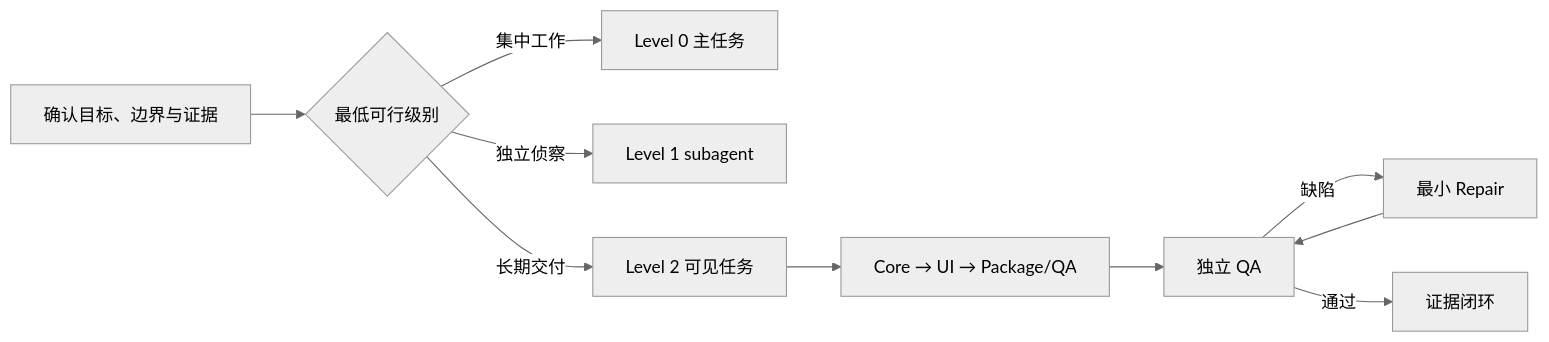
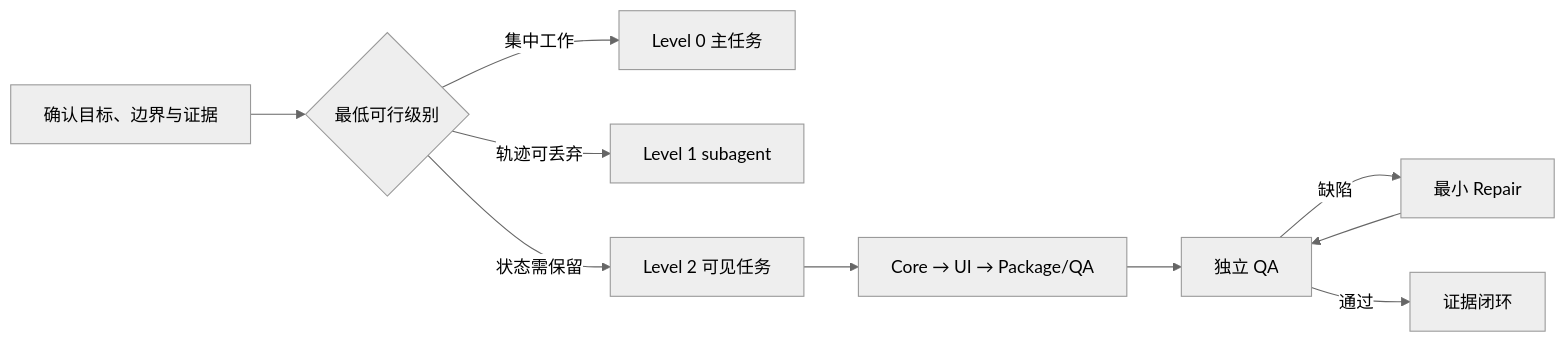
Before and after one commit to ShadowwithEaGLE/orchestrate-codex-sessions: the diagram in README.md, drawn with Mermaid (neutral theme). The commit also changed other lines of this file and 9 other files, not shown here.

````diff
--- a/README.md
+++ b/README.md
@@ -28,12 +28,12 @@
 ```mermaid
 flowchart LR
     A["确认目标、边界与证据"] --> B{"最低可行级别"}
     B -->|集中工作| C["Level 0 主任务"]
-    B -->|独立侦察| D["Level 1 subagent"]
-    B -->|长期交付| E["Level 2 可见任务"]
+    B -->|轨迹可丢弃| D["Level 1 subagent"]
+    B -->|状态需保留| E["Level 2 可见任务"]
     E --> F["Core → UI → Package/QA"]
     F --> G["独立 QA"]
     G -->|缺陷| H["最小 Repair"]
     H --> G
     G -->|通过| I["证据闭环"]
 ```
````
